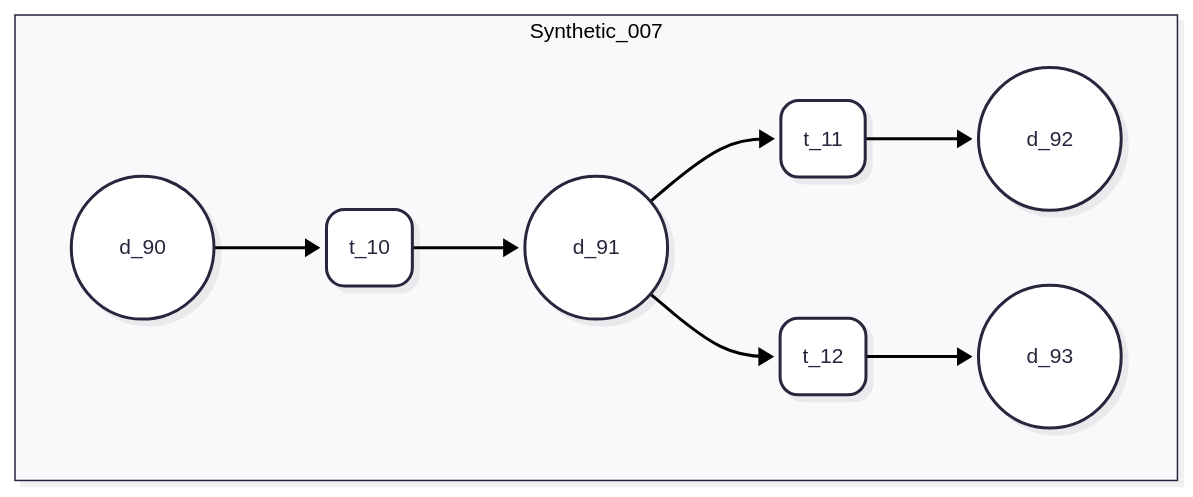
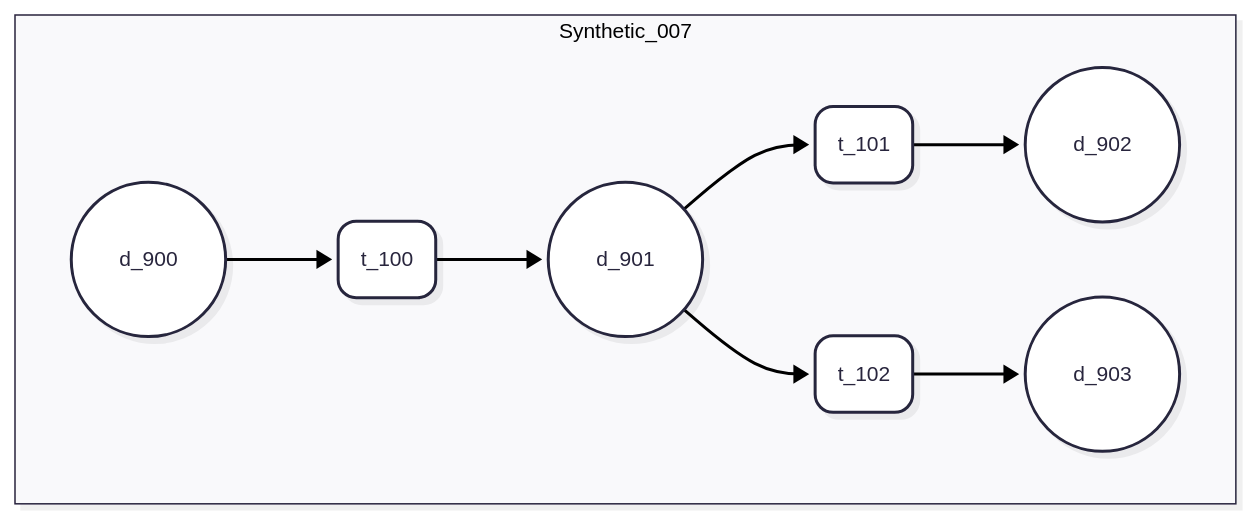
Before and after one commit to UFFeScience/denethor: the diagram in resources/data/instance_files/synthetic/synthetic_user_defined/mermaid/Synthetic_007.mermaid, drawn with Mermaid. The commit also changed 36 other files, not shown here.

```diff
--- a/resources/data/instance_files/synthetic/synthetic_user_defined/mermaid/Synthetic_007.mermaid
+++ b/resources/data/instance_files/synthetic/synthetic_user_defined/mermaid/Synthetic_007.mermaid
@@ -1,22 +1,24 @@
 ---
 config:
   layout: dagre
   theme: redux
   look: neo
+notes: |
+  PATTERN: Map, Split
 ---
 flowchart LR
  subgraph Synthetic_7["Synthetic_007"]
     direction LR
-        S7_d0(("d_90"))
-        S7_d1(("d_91"))
-        S7_d2(("d_92"))
-        S7_d3(("d_93"))
-        S7_t0("t_10")
-        S7_t1("t_11")
-        S7_t2("t_12")
+        S7_d0(("d_900"))
+        S7_d1(("d_901"))
+        S7_d2(("d_902"))
+        S7_d3(("d_903"))
+        S7_t0("t_100")
+        S7_t1("t_101")
+        S7_t2("t_102")
   end
     S7_d0 --> S7_t0
     S7_d1 --> S7_t1 & S7_t2
     S7_t0 --> S7_d1
     S7_t1 --> S7_d2
     S7_t2 --> S7_d3
```
